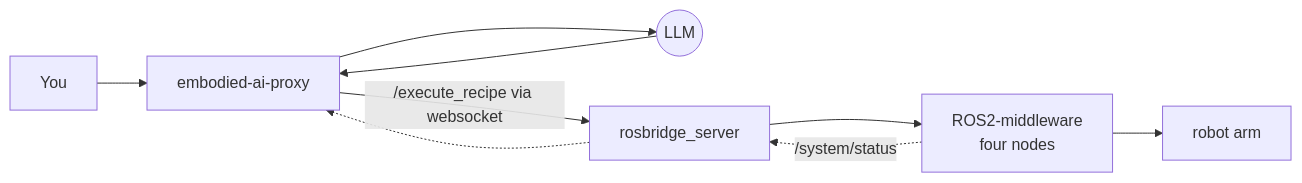
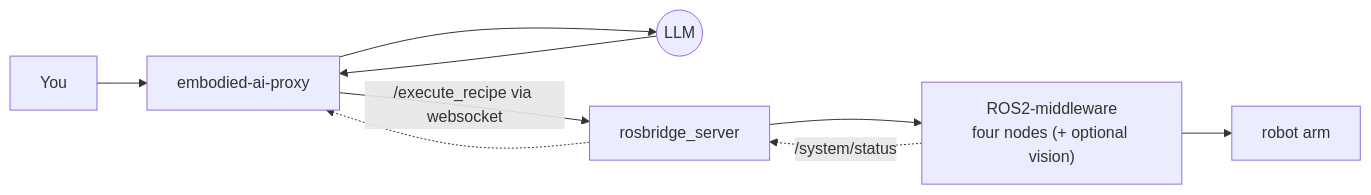
The first of 2 diagrams in docs/architecture.md (Jeremy-Allan/ROS2-middleware), drawn with Mermaid before and after one commit. The commit also changed other lines of this file and 31 other files, not shown here.

````diff
--- a/docs/architecture.md
+++ b/docs/architecture.md
@@ -7,10 +7,10 @@
 ```mermaid
 flowchart LR
     U["You"] --> P["embodied-ai-proxy"]
     P --> L(("LLM"))
     L --> P
     P -->|"/execute_recipe via websocket"| B["rosbridge_server"]
-    B --> M["ROS2-middleware<br/>four nodes"]
+    B --> M["ROS2-middleware<br/>four nodes (+ optional vision)"]
     M --> R["robot arm"]
     M -.->|"/system/status"| B -.-> P
 ```
````
